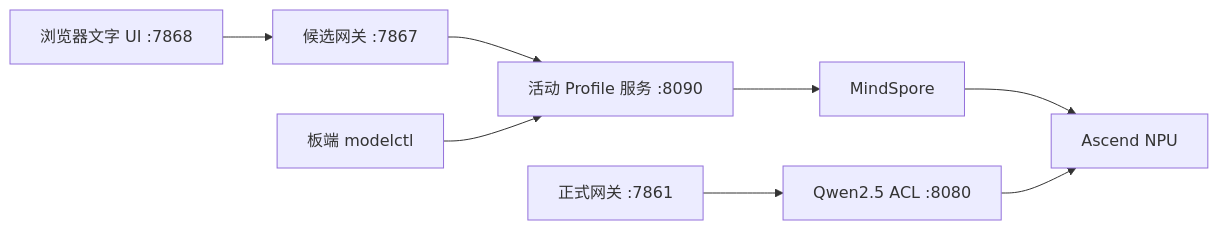
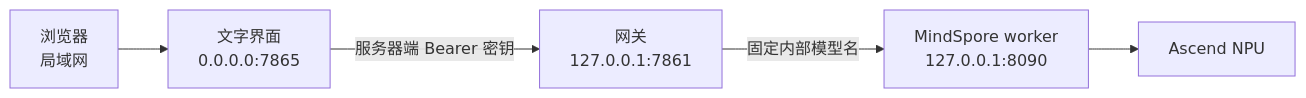
The first of 2 diagrams in src/experiment/case9.md (zhouxzh/Ascend310), drawn with Mermaid before and after one commit. The commit also changed other lines of this file and 291 other files, not shown here.

Commit message:
feat: release Ascend Edge Chat v0.1.0

````diff
--- a/src/experiment/case9.md
+++ b/src/experiment/case9.md
@@ -102,12 +25,10 @@
 ```mermaid
 flowchart LR
-    accTitle: Case9 candidate text architecture
-    accDescr: A trusted browser reaches the read-only candidate text UI and authenticated gateway; the gateway reaches one active MindSpore profile worker, while the formal Qwen2.5 ONNX-to-OM ACL route remains a separate NPU path.
-    browser[浏览器文字 UI :7868] --> gateway[候选网关 :7867]
-    gateway --> worker[活动 Profile 服务 :8090]
-    worker --> ms[MindSpore]
-    ms --> npu[Ascend NPU]
-    ctl[板端 modelctl] --> worker
-    formal[正式网关 :7861] --> acl[Qwen2.5 ACL :8080]
-    acl --> npu
+    accTitle: Ascend Edge Chat text-chat architecture
+    accDescr: A browser uses the trusted-LAN UI. The server-side UI forwards requests through a loopback-only authenticated gateway to a loopback-only MindSpore worker, which performs inference on the Ascend NPU.
+
+    browser["浏览器\n局域网"] --> ui["文字界面\n0.0.0.0:7865"]
+    ui -->|"服务器端 Bearer 密钥"| gateway["网关\n127.0.0.1:7861"]
+    gateway -->|"固定内部模型名"| worker["MindSpore worker\n127.0.0.1:8090"]
+    worker --> npu["Ascend NPU"]
 ```
````
